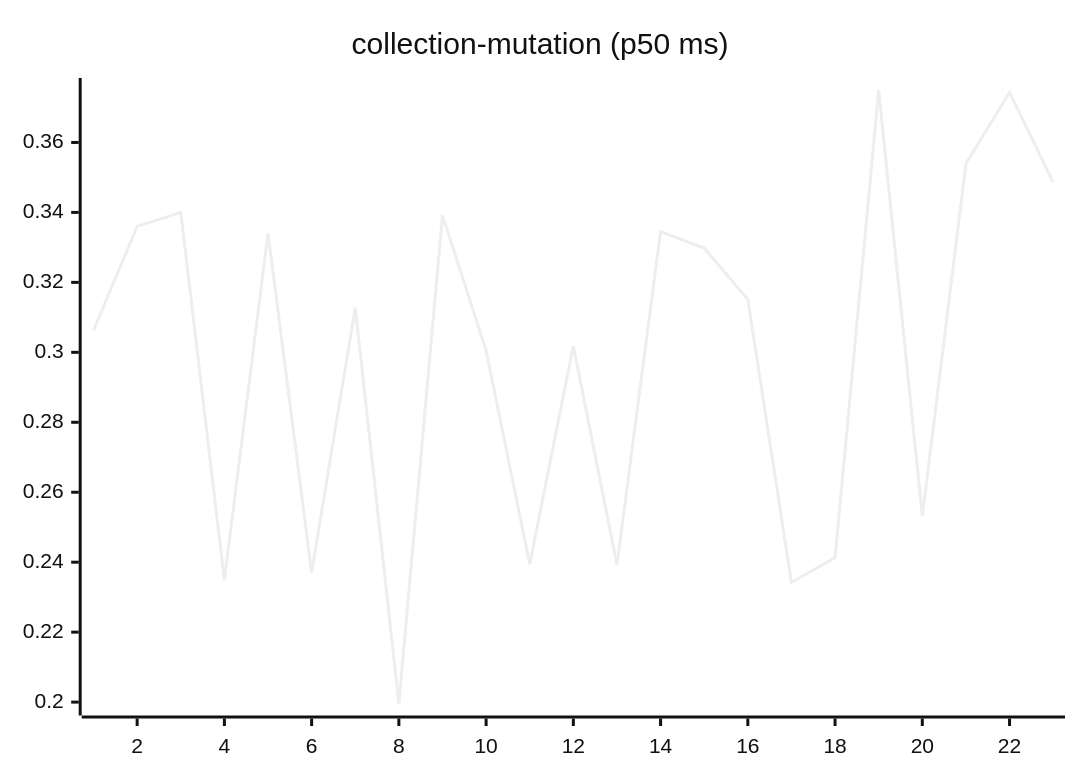
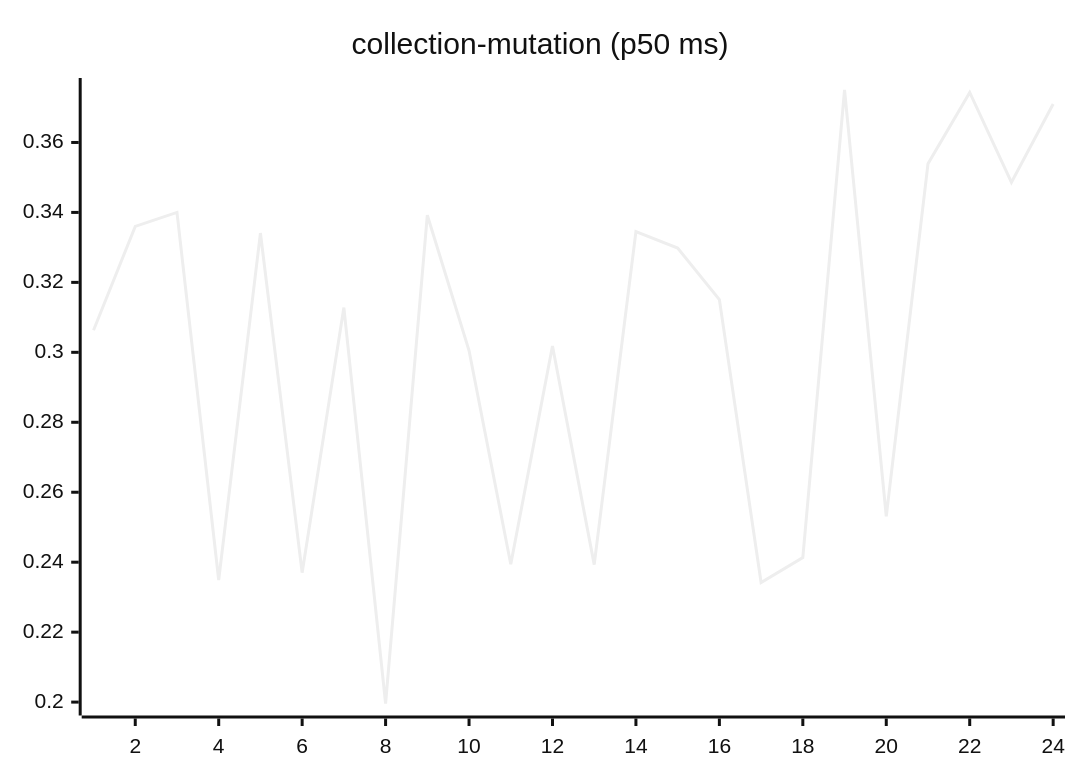
Before and after one commit to josha/Facet: the sixth of 27 diagrams in README.md, drawn with Mermaid (neutral theme). The commit also changed other lines of this file and 2 other files, not shown here.

````diff
--- a/README.md
+++ b/README.md
@@ -98,6 +98,6 @@
 ```mermaid
 xychart-beta
     title "collection-mutation (p50 ms)"
-    x-axis 1 --> 23
-    line [0.3063, 0.3360, 0.3400, 0.2349, 0.3341, 0.2370, 0.3128, 0.1996, 0.3392, 0.3005, 0.2394, 0.3018, 0.2393, 0.3345, 0.3298, 0.3151, 0.2342, 0.2413, 0.3750, 0.2531, 0.3539, 0.3743, 0.3486]
+    x-axis 1 --> 24
+    line [0.3063, 0.3360, 0.3400, 0.2349, 0.3341, 0.2370, 0.3128, 0.1996, 0.3392, 0.3005, 0.2394, 0.3018, 0.2393, 0.3345, 0.3298, 0.3151, 0.2342, 0.2413, 0.3750, 0.2531, 0.3539, 0.3743, 0.3486, 0.3710]
 ```
````
